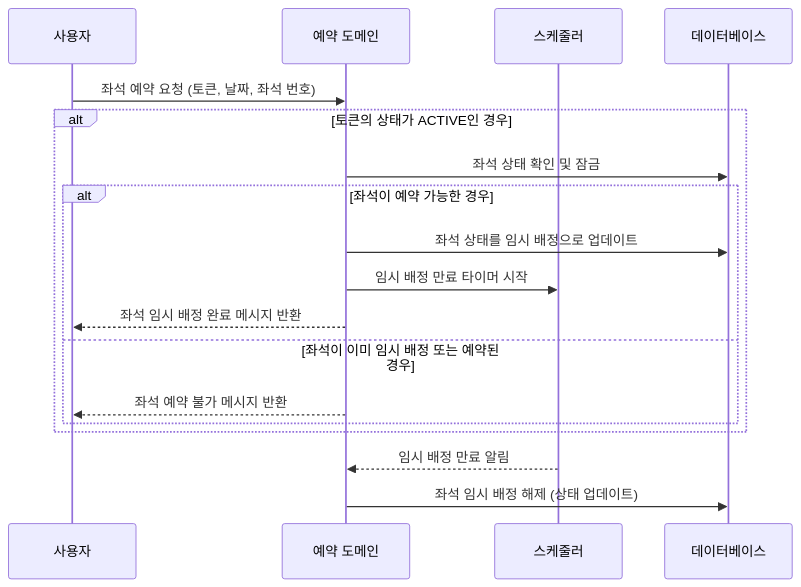
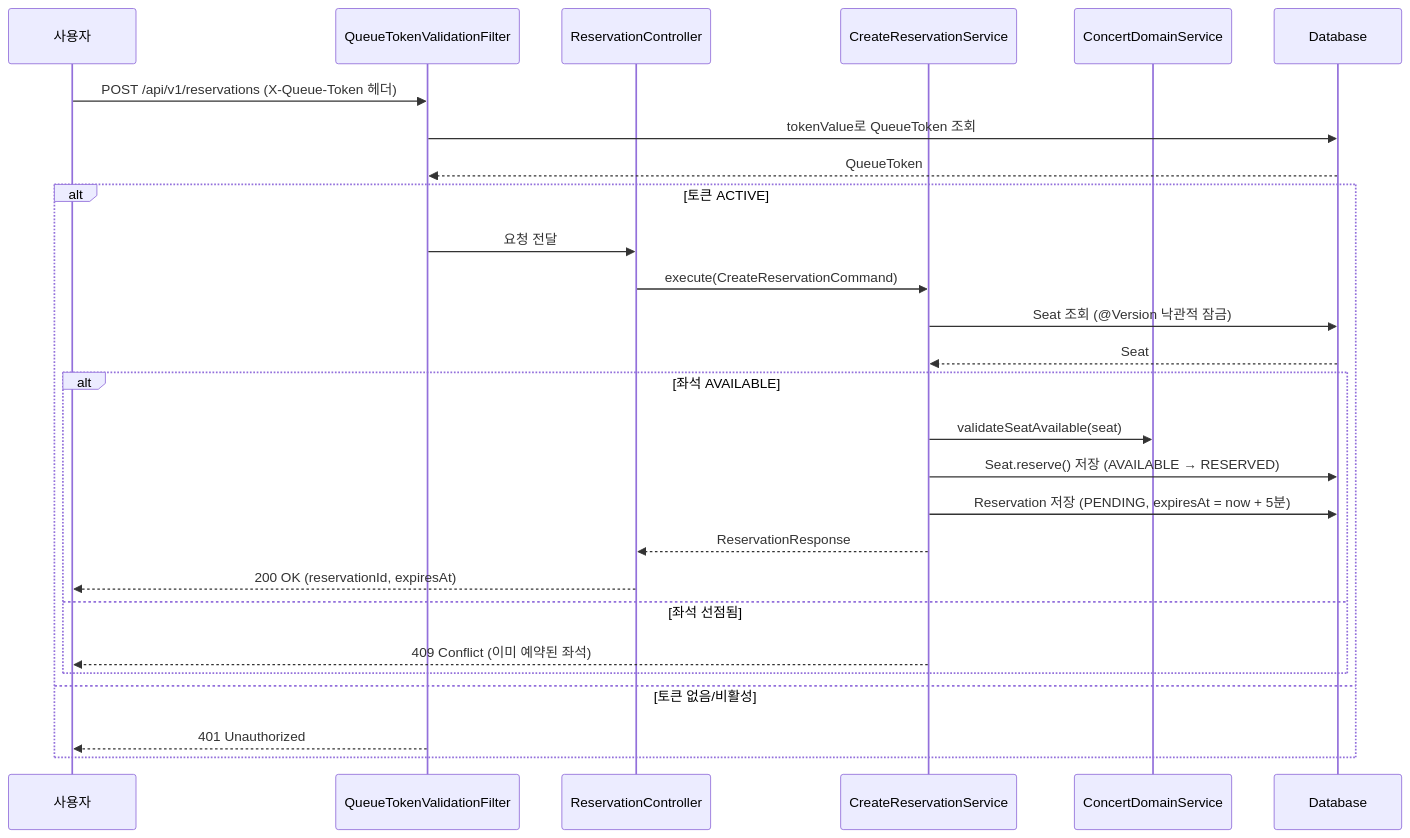
One commit to jhwon91/concert-reservation-system changed the sixth of 10 diagrams in docs/02_SequenceDiagram.md. Above: the diagram before and after it, drawn with Mermaid. The commit also changed other lines of this file and 4 other files, not shown here.

````diff
--- a/docs/02_SequenceDiagram.md
+++ b/docs/02_SequenceDiagram.md
@@ -120,22 +138,32 @@
 ```mermaid
 sequenceDiagram
     participant Client as 사용자
-    participant ReservationDomain as 예약 도메인
-    participant Scheduler as 스케줄러
-    participant Database as 데이터베이스
+    participant Filter as QueueTokenValidationFilter
+    participant Controller as ReservationController
+    participant Service as CreateReservationService
+    participant Domain as ConcertDomainService
+    participant DB as Database
 
-    Client->>ReservationDomain: 좌석 예약 요청 (토큰, 날짜, 좌석 번호)
-    alt 토큰의 상태가 ACTIVE인 경우
-        ReservationDomain->>Database: 좌석 상태 확인 및 잠금
-        alt 좌석이 예약 가능한 경우
-            ReservationDomain->>Database: 좌석 상태를 임시 배정으로 업데이트
-            ReservationDomain->>Scheduler: 임시 배정 만료 타이머 시작
-            ReservationDomain-->>Client: 좌석 임시 배정 완료 메시지 반환
-        else 좌석이 이미 임시 배정 또는 예약된 경우
-            ReservationDomain-->>Client: 좌석 예약 불가 메시지 반환
+    Client->>Filter: POST /api/v1/reservations (X-Queue-Token 헤더)
+    Filter->>DB: tokenValue로 QueueToken 조회
+    DB-->>Filter: QueueToken
+
+    alt 토큰 ACTIVE
+        Filter->>Controller: 요청 전달
+        Controller->>Service: execute(CreateReservationCommand)
+        Service->>DB: Seat 조회 (@Version 낙관적 잠금)
+        DB-->>Service: Seat
+
+        alt 좌석 AVAILABLE
+            Service->>Domain: validateSeatAvailable(seat)
+            Service->>DB: Seat.reserve() 저장 (AVAILABLE → RESERVED)
+            Service->>DB: Reservation 저장 (PENDING, expiresAt = now + 5분)
+            Service-->>Controller: ReservationResponse
+            Controller-->>Client: 200 OK (reservationId, expiresAt)
+        else 좌석 선점됨
+            Service-->>Client: 409 Conflict (이미 예약된 좌석)
         end
+    else 토큰 없음/비활성
+        Filter-->>Client: 401 Unauthorized
     end
-
-    Scheduler-->>ReservationDomain: 임시 배정 만료 알림
-    ReservationDomain->>Database: 좌석 임시 배정 해제 (상태 업데이트)
 ```
````
